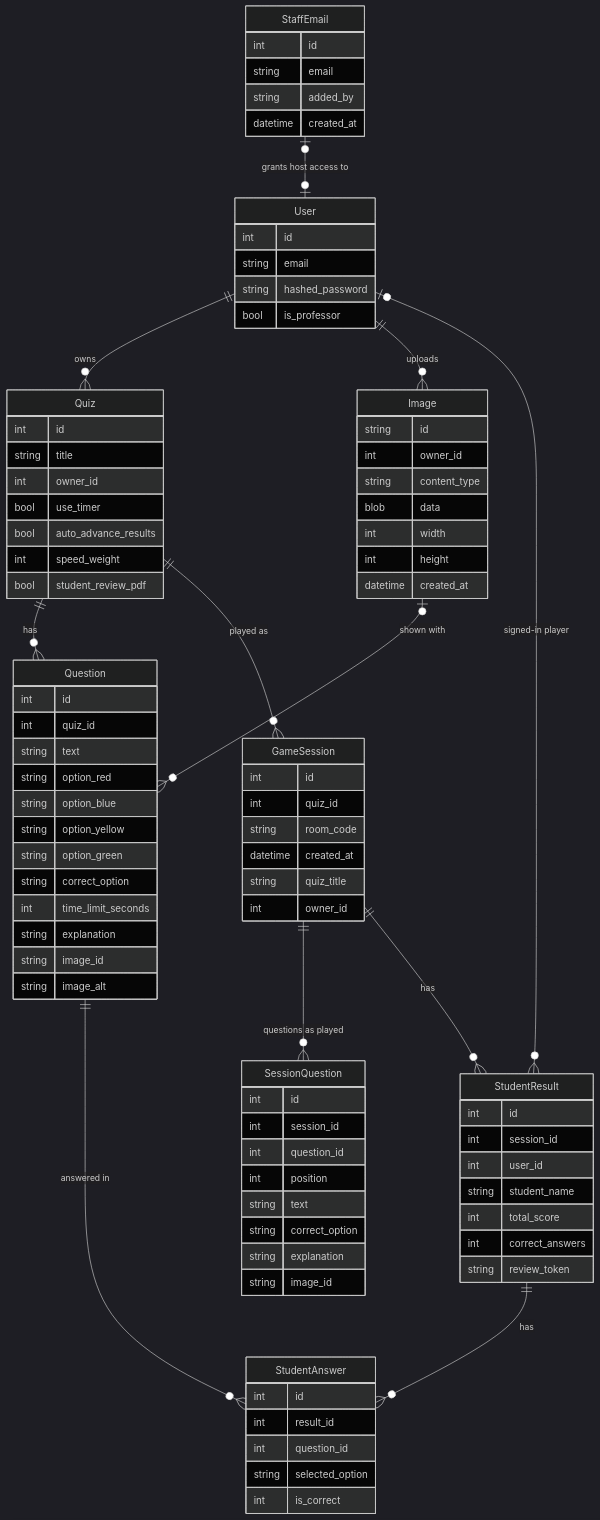
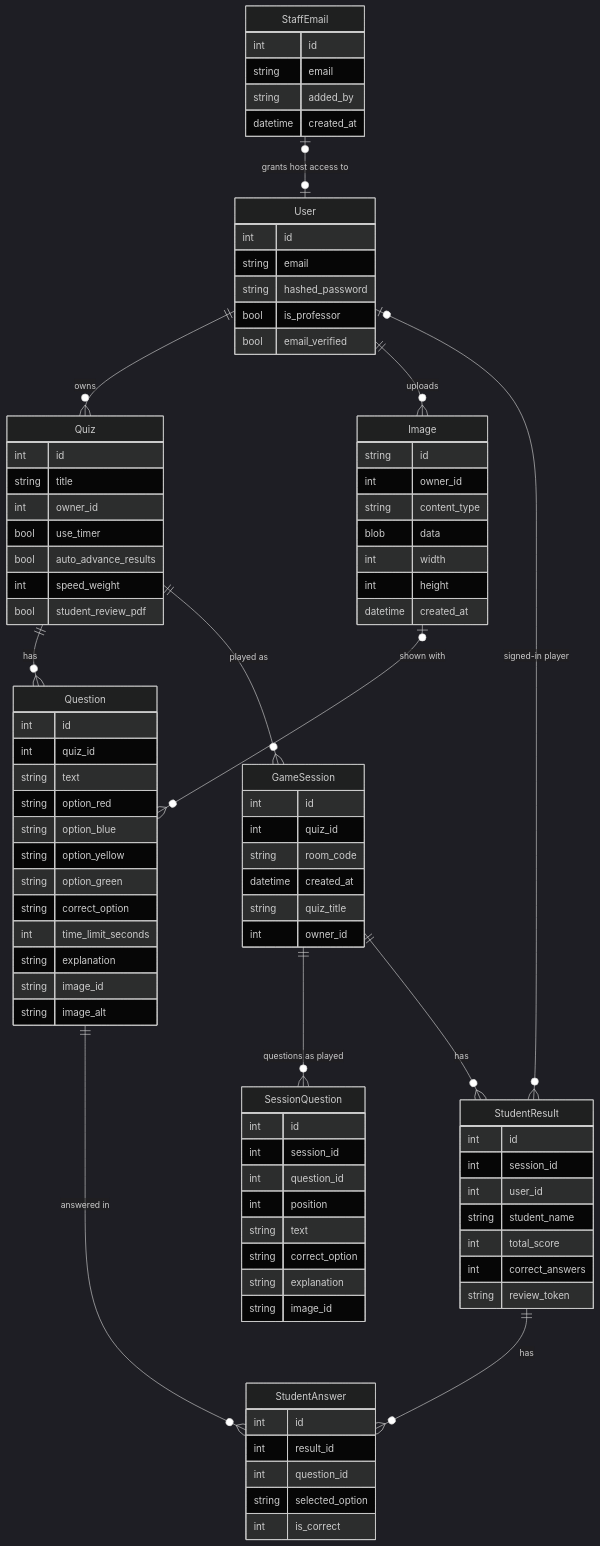
The third of 3 diagrams in docs/HOW-IT-WORKS.md (amberkar-harsh-02/Quiz-app), drawn with Mermaid (dark theme) before and after one commit. The commit also changed other lines of this file and 13 other files, not shown here.

Commit message:
security: staff and admin rights require a Google-verified email; refuse Google sign-in without a client ID

```diff
--- a/docs/HOW-IT-WORKS.md
+++ b/docs/HOW-IT-WORKS.md
@@ -319,6 +320,7 @@
         string email
         string hashed_password
         bool is_professor
+        bool email_verified
     }
     Quiz {
         int id
```
